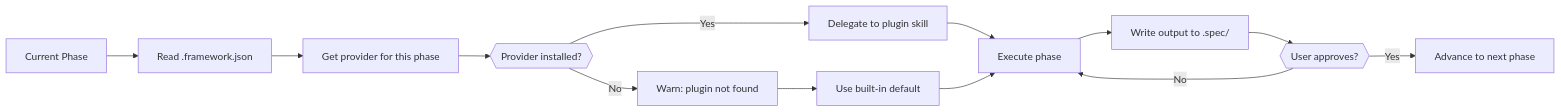
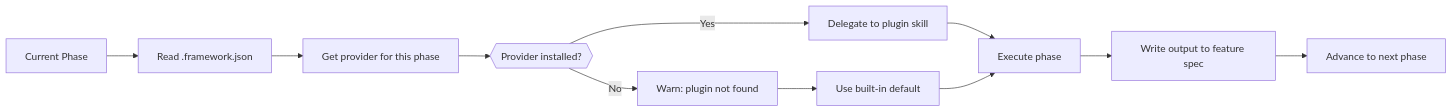
The sixth of 11 diagrams in .spec/product-design.md (LennardZuendorf/vibe), drawn with Mermaid before and after one commit. The commit also changed other lines of this file and 1 other file, not shown here.

First line of the commit message:
update: restructure product specs with clustered phases and global/feature spec separation

````diff
--- a/.spec/product-design.md
+++ b/.spec/product-design.md
@@ -170,15 +281,13 @@
 ```mermaid
 flowchart LR
     PHASE["Current Phase"] --> READ_CONFIG["Read .framework.json"]
     READ_CONFIG --> GET_PROVIDER["Get provider for this phase"]
     GET_PROVIDER --> CHECK{{"Provider installed?"}}
     CHECK -->|Yes| DELEGATE["Delegate to plugin skill"]
     CHECK -->|No| WARN["Warn: plugin not found"]
     WARN --> FALLBACK["Use built-in default"]
     DELEGATE --> EXECUTE["Execute phase"]
     FALLBACK --> EXECUTE
-    EXECUTE --> WRITE_SPEC["Write output to .spec/"]
-    WRITE_SPEC --> GATE{{"User approves?"}}
-    GATE -->|Yes| NEXT["Advance to next phase"]
-    GATE -->|No| EXECUTE
+    EXECUTE --> WRITE_SPEC["Write output to feature spec"]
+    WRITE_SPEC --> NEXT["Advance to next phase"]
 ```
````
